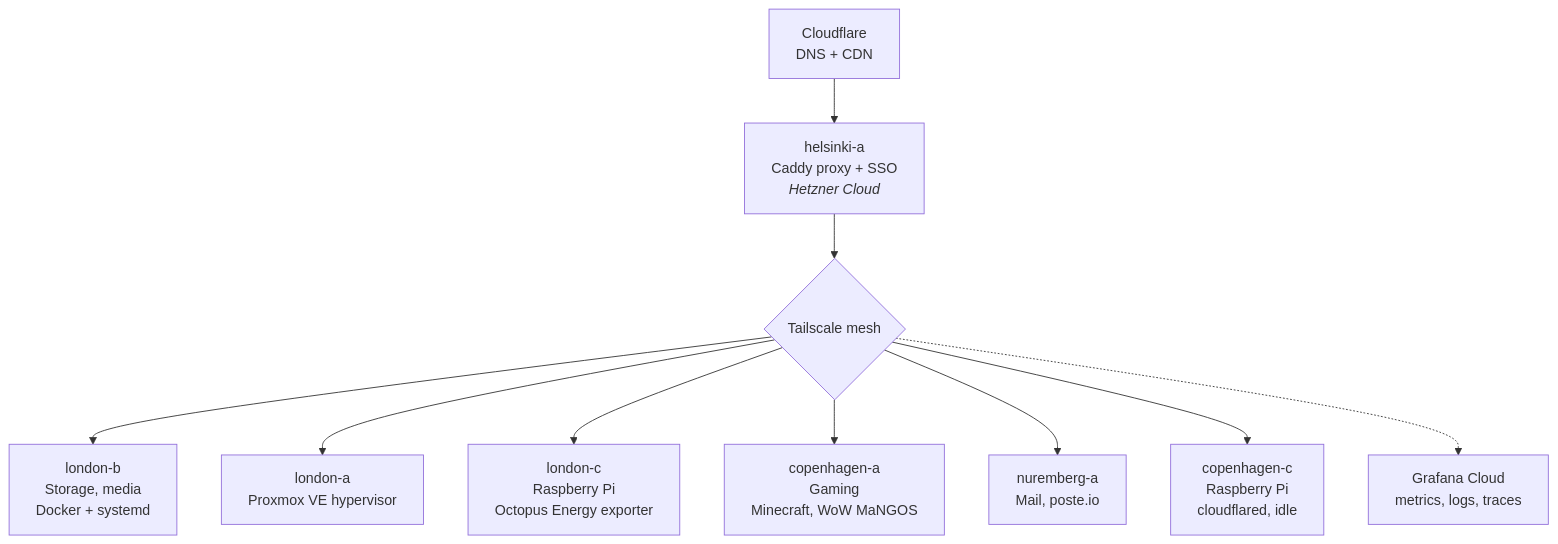
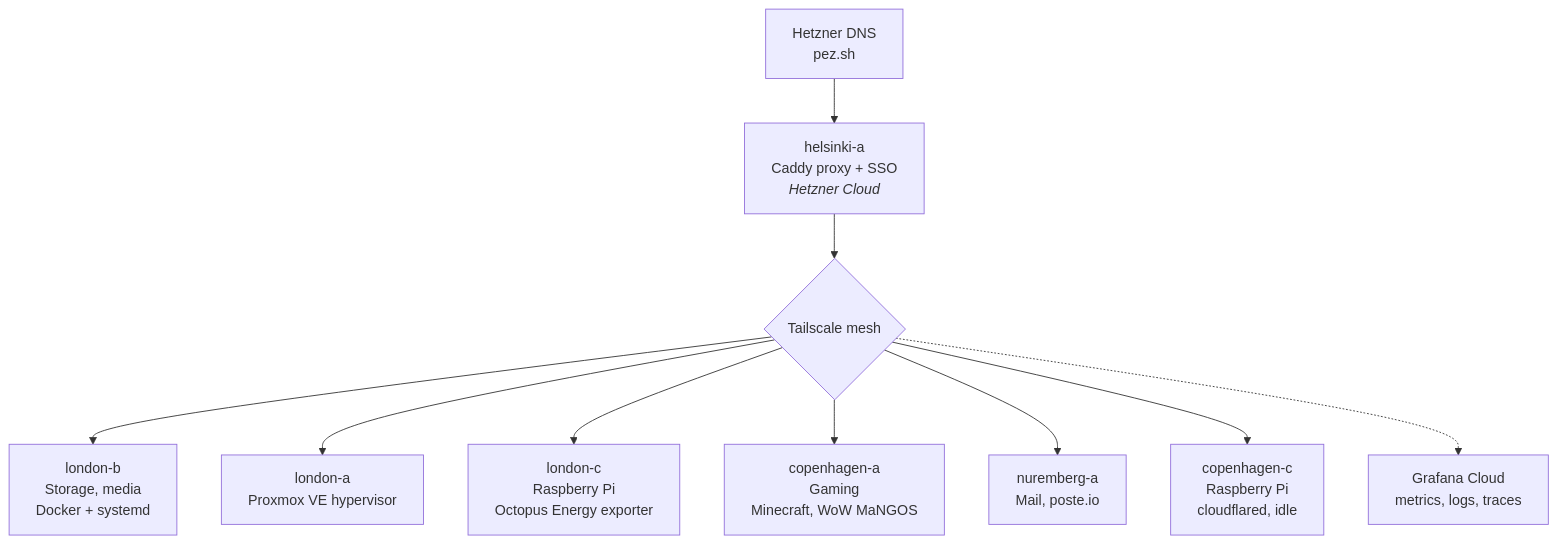
The diagram in README.md (RWejlgaard/pez-infra), drawn with Mermaid before and after one commit. The commit also changed other lines of this file and 7 other files, not shown here.

First line of the commit message:
docs: catch up with the Cloudflare to Hetzner DNS move, fix secrets/terraform drift (#130)

````diff
--- a/README.md
+++ b/README.md
@@ -14,12 +14,12 @@
 ```mermaid
 graph TD
-    CF[Cloudflare<br/>DNS + CDN] --> HEL[helsinki-a<br/>Caddy proxy + SSO<br/><i>Hetzner Cloud</i>]
+    DNS[Hetzner DNS<br/>pez.sh] --> HEL[helsinki-a<br/>Caddy proxy + SSO<br/><i>Hetzner Cloud</i>]
     HEL --> TS{Tailscale mesh}
     TS --> LB[london-b<br/>Storage, media<br/>Docker + systemd]
     TS --> LA[london-a<br/>Proxmox VE hypervisor]
     TS --> LC[london-c<br/>Raspberry Pi<br/>Octopus Energy exporter]
     TS --> CA[copenhagen-a<br/>Gaming<br/>Minecraft, WoW MaNGOS]
     TS --> NUR[nuremberg-a<br/>Mail, poste.io]
     TS --> CC[copenhagen-c<br/>Raspberry Pi<br/>cloudflared, idle]
     TS -.-> GC[Grafana Cloud<br/>metrics, logs, traces]
 ```
````
